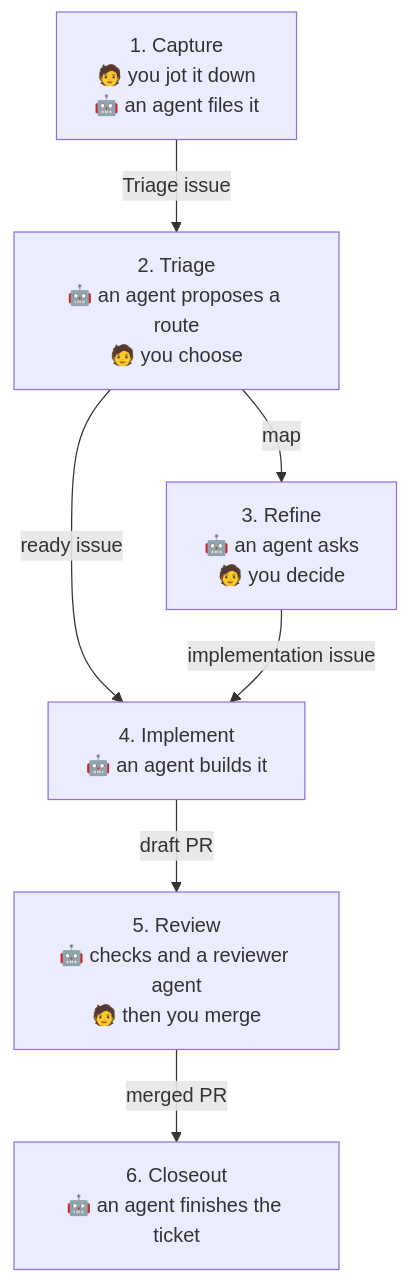
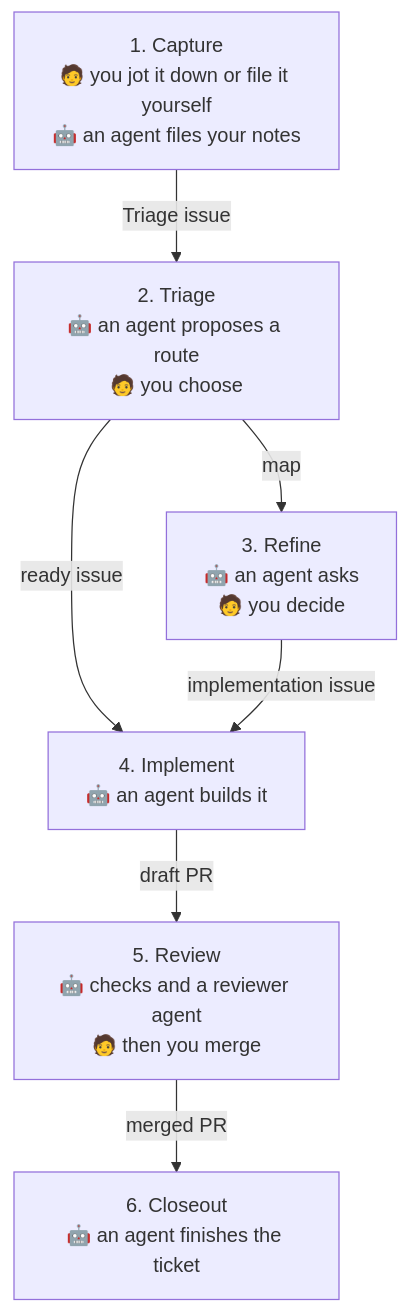
The diagram in docs/how-it-works.md (McWestling/factory), drawn with Mermaid before and after one commit. The commit also changed other lines of this file, not shown here.

Commit message:
Add a vocabulary section and say you can file Triage issues yourself

````diff
--- a/docs/how-it-works.md
+++ b/docs/how-it-works.md
@@ -5,16 +19,16 @@
 ```mermaid
 flowchart TD
-    capture["1. Capture<br/>🧑 you jot it down<br/>🤖 an agent files it"]
+    capture["1. Capture<br/>🧑 you jot it down or file it yourself<br/>🤖 an agent files your notes"]
     triage["2. Triage<br/>🤖 an agent proposes a route<br/>🧑 you choose"]
     refine["3. Refine<br/>🤖 an agent asks<br/>🧑 you decide"]
     implement["4. Implement<br/>🤖 an agent builds it"]
     review["5. Review<br/>🤖 checks and a reviewer agent<br/>🧑 then you merge"]
     closeout["6. Closeout<br/>🤖 an agent finishes the ticket"]
 
     capture -- "Triage issue" --> triage
     triage -- "map" --> refine
     triage -- "ready issue" --> implement
     refine -- "implementation issue" --> implement
     implement -- "draft PR" --> review
     review -- "merged PR" --> closeout
 ```
````
